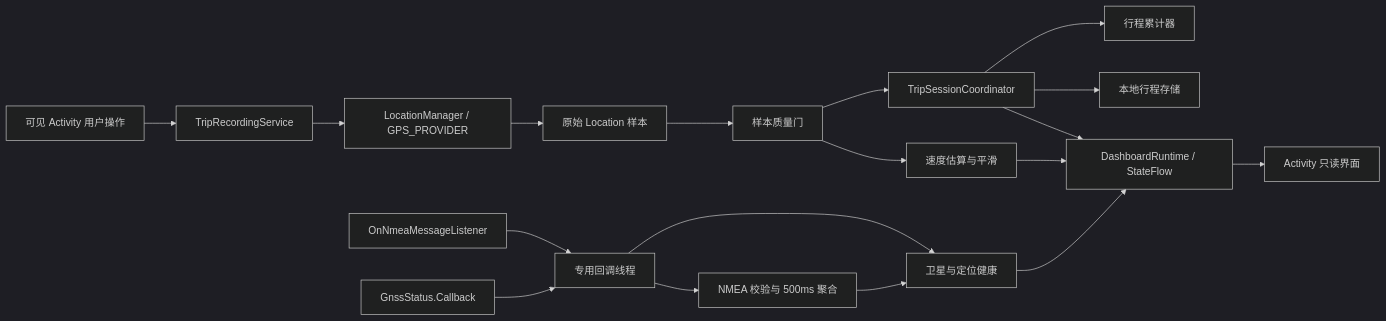
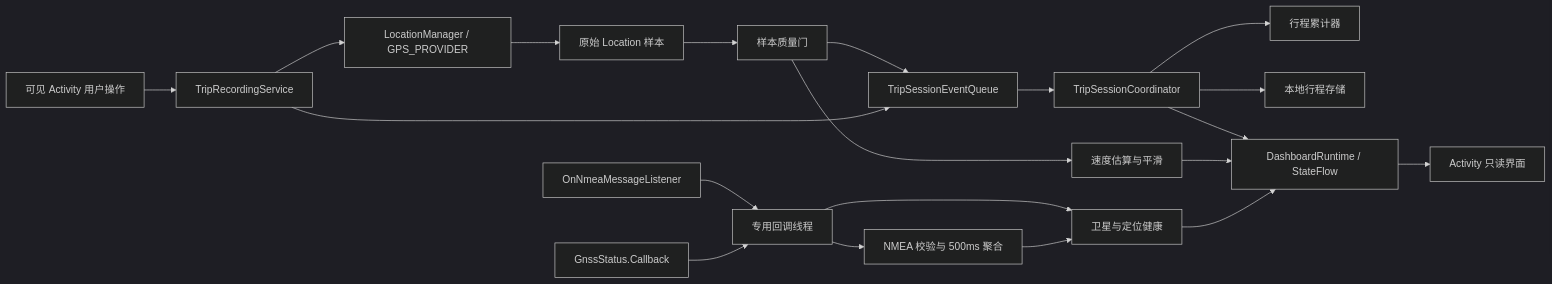
The diagram in docs/technical-design.md (lonnnnnng/cargps-mobile), drawn with Mermaid (dark theme) before and after one commit. The commit also changed other lines of this file and 15 other files, not shown here.

````diff
--- a/docs/technical-design.md
+++ b/docs/technical-design.md
@@ -19,20 +19,22 @@
 ```mermaid
 flowchart LR
     AS["可见 Activity 用户操作"] --> FGS["TripRecordingService"]
     FGS --> LM["LocationManager / GPS_PROVIDER"]
     LM --> LS["原始 Location 样本"]
     NM["OnNmeaMessageListener"] --> BG["专用回调线程"]
     GS["GnssStatus.Callback"] --> BG
     BG --> NP["NMEA 校验与 500ms 聚合"]
     BG --> GH["卫星与定位健康"]
     LS --> QG["样本质量门"]
     QG --> SE["速度估算与平滑"]
-    QG --> TS["TripSessionCoordinator"]
+    QG --> EQ["TripSessionEventQueue"]
+    FGS --> EQ
+    EQ --> TS["TripSessionCoordinator"]
     TS --> TA["行程累计器"]
     TS --> DB["本地行程存储"]
     TS --> RT["DashboardRuntime / StateFlow"]
     NP --> GH
     SE --> RT
     GH --> RT
     RT --> UI["Activity 只读界面"]
 ```
````
